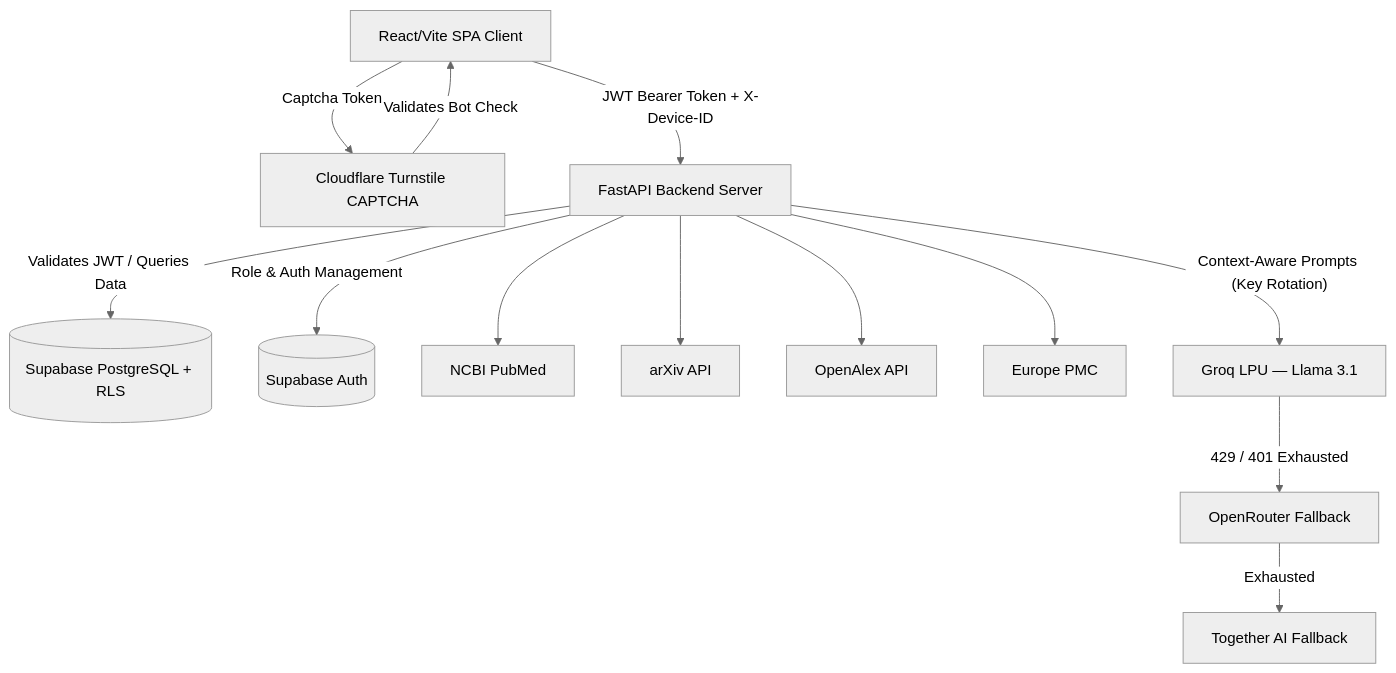
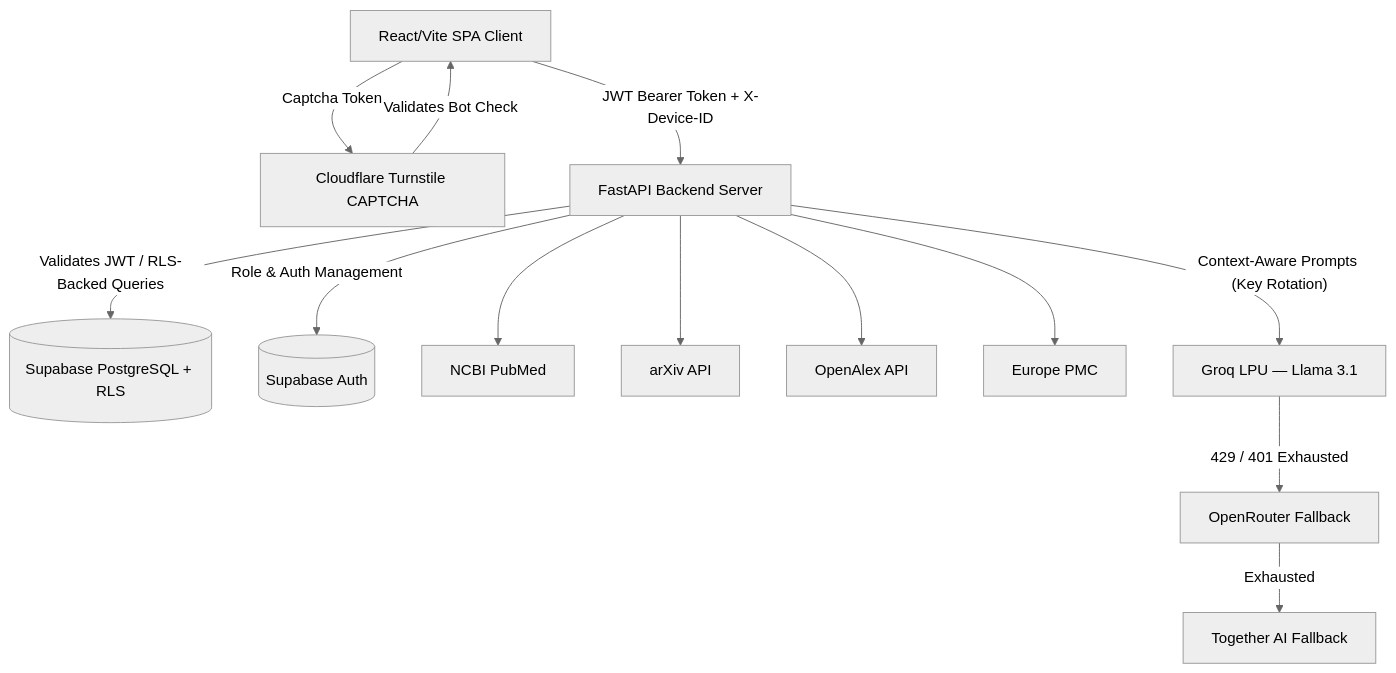
The first of 11 diagrams in SYSTEM_ARCHITECTURE_DEEP_DIVE.md (CodeWithPritom/ScholarHub-frontend), drawn with Mermaid (neutral theme) before and after one commit. The commit also changed other lines of this file and 13 other files, not shown here.

````diff
--- a/SYSTEM_ARCHITECTURE_DEEP_DIVE.md
+++ b/SYSTEM_ARCHITECTURE_DEEP_DIVE.md
@@ -13,29 +27,29 @@
 ```mermaid
 graph TD
     Client["React/Vite SPA Client"]
     Turnstile["Cloudflare Turnstile CAPTCHA"]
     FastAPI["FastAPI Backend Server"]
     SupabaseDB[("Supabase PostgreSQL + RLS")]
     Auth[("Supabase Auth")]
 
     NCBI["NCBI PubMed"]
     Arxiv["arXiv API"]
     OpenAlex["OpenAlex API"]
     EPMC["Europe PMC"]
 
     Groq["Groq LPU — Llama 3.1"]
     OpenRouter["OpenRouter Fallback"]
     TogetherAI["Together AI Fallback"]
 
     Client -- "JWT Bearer Token + X-Device-ID" --> FastAPI
     Client -- "Captcha Token" --> Turnstile
     Turnstile -- "Validates Bot Check" --> Client
 
-    FastAPI -- "Validates JWT / Queries Data" --> SupabaseDB
+    FastAPI -- "Validates JWT / RLS-Backed Queries" --> SupabaseDB
     FastAPI -- "Role & Auth Management" --> Auth
 
     FastAPI --> NCBI & Arxiv & OpenAlex & EPMC
     FastAPI -- "Context-Aware Prompts (Key Rotation)" --> Groq
     Groq -- "429 / 401 Exhausted" --> OpenRouter
     OpenRouter -- "Exhausted" --> TogetherAI
 ```
````
